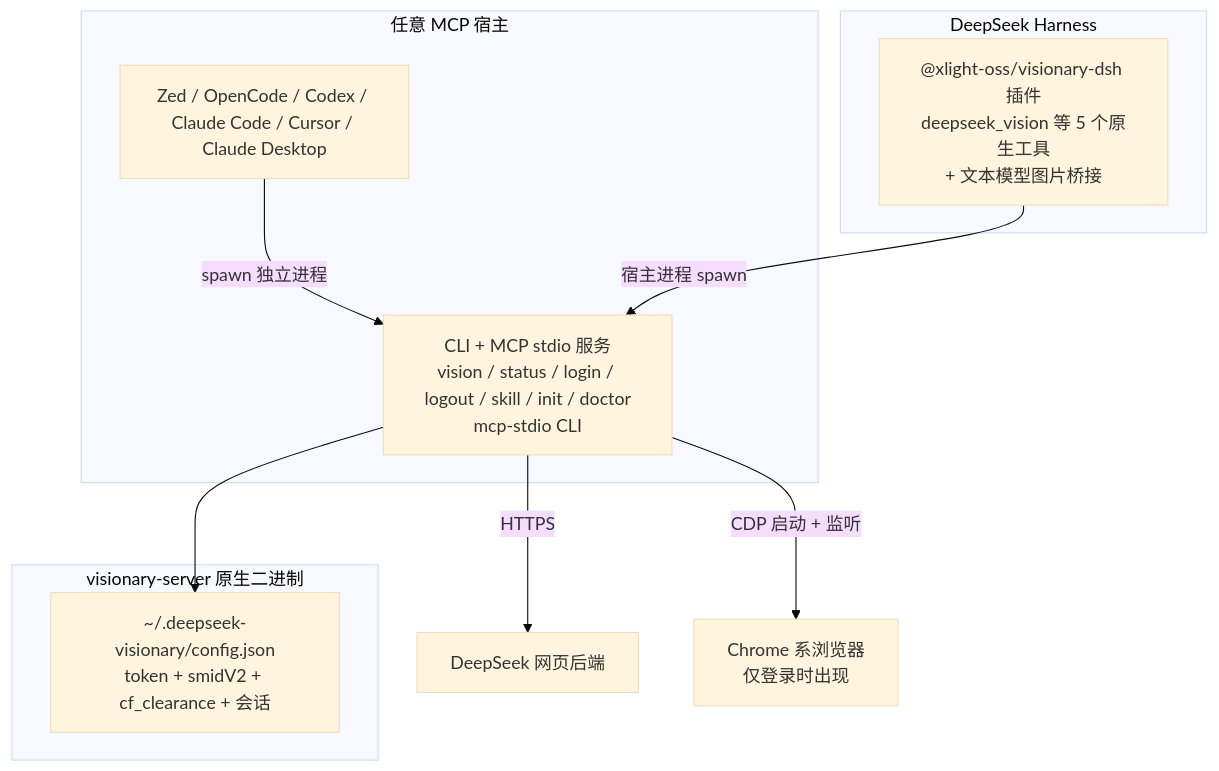
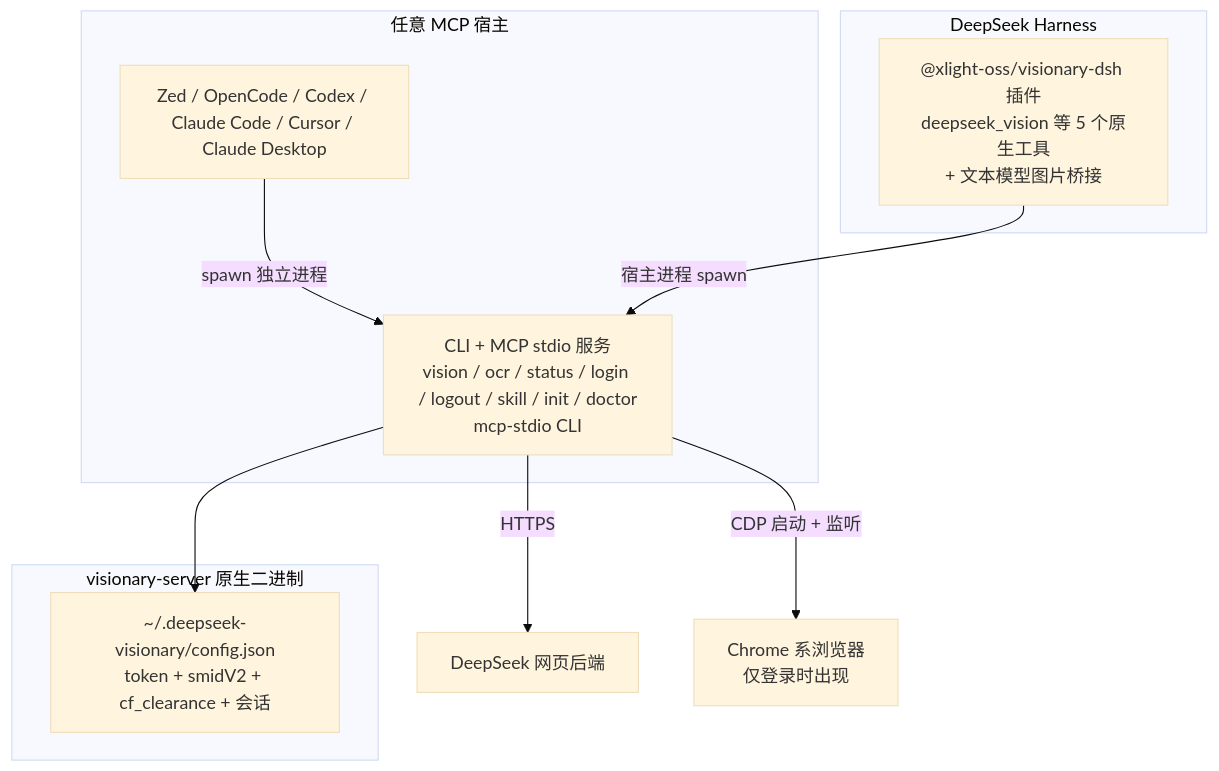
One commit to xlight/deepseek-visionary changed the diagram in README.md. Above: the diagram before and after it, drawn with Mermaid (base theme). The commit also changed other lines of this file, not shown here.

First line of the commit message:
新增 OCR 能力并同步文档说明

````diff
--- a/README.md
+++ b/README.md
@@ -10,18 +10,18 @@
 ```mermaid
 graph TD
     subgraph 宿主[任意 MCP 宿主]
         AG["Zed / OpenCode / Codex / Claude Code / Cursor / Claude Desktop"]
         AG -->|spawn 独立进程| SRV
     end
     subgraph DSH[DeepSeek Harness]
         DP["@xlight-oss/visionary-dsh 插件<br/>deepseek_vision 等 5 个原生工具<br/>+ 文本模型图片桥接"]
         DP -->|宿主进程 spawn| SRV
     end
     subgraph visionary-server 原生二进制
-        SRV["CLI + MCP stdio 服务<br/>vision / status / login / logout / skill / init / doctor<br/>mcp-stdio CLI"]
+        SRV["CLI + MCP stdio 服务<br/>vision / ocr / status / login / logout / skill / init / doctor<br/>mcp-stdio CLI"]
         CFG["~/.deepseek-visionary/config.json<br/>token + smidV2 + cf_clearance + 会话"]
         SRV --> CFG
     end
     SRV -->|HTTPS| DS["DeepSeek 网页后端"]
     SRV -->|CDP 启动 + 监听| BRO["Chrome 系浏览器<br/>仅登录时出现"]
 ```
````
